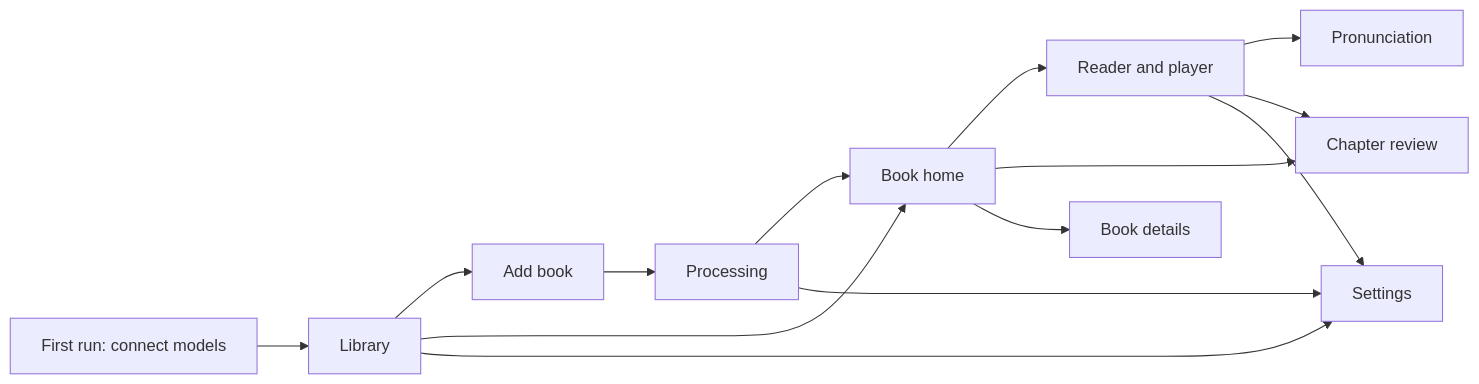
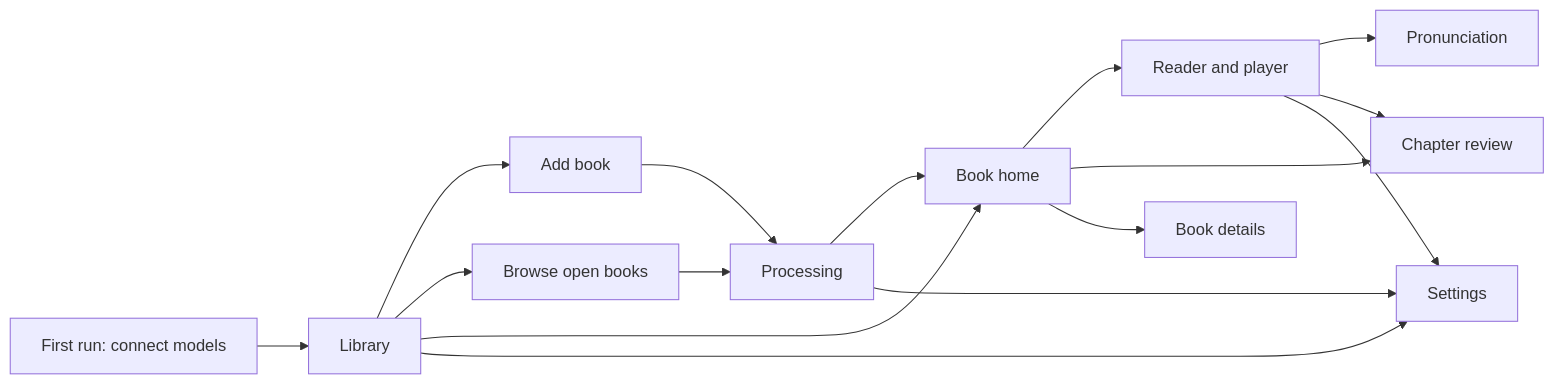
Before and after one commit to manishsharma004/open-book-reader: the diagram in specs/discussion/UX.md, drawn with Mermaid. The commit also changed other lines of this file and 4 other files, not shown here.

First line of the commit message:
Specify open books as one provider interface.

````diff
--- a/specs/discussion/UX.md
+++ b/specs/discussion/UX.md
@@ -16,25 +16,26 @@
 ```mermaid
 flowchart LR
   first[First run: connect models]
   lib[Library]
   add[Add book]
   proc[Processing]
   home[Book home]
   read[Reader and player]
   chap[Chapter review]
   meta[Book details]
   set[Settings]
   pron[Pronunciation]
 
   first --> lib
   lib --> add --> proc --> home
+  lib --> open[Browse open books] --> proc
   lib --> home
   home --> read
   home --> chap
   home --> meta
   read --> pron
   read --> chap
   lib --> set
   read --> set
   proc --> set
 ```
````
